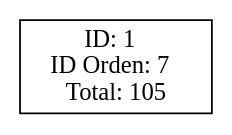
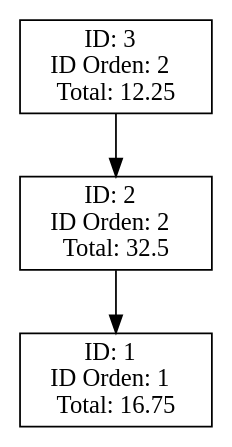
The diagram in Fase_1/AutoGestPro/Reportes/reporte_facturas.dot (0520Jose/-EDD-1S2025_202300539), drawn with Graphviz before and after one commit. The commit also changed 24 other files, not shown here.

```diff
--- a/Fase_1/AutoGestPro/Reportes/reporte_facturas.dot
+++ b/Fase_1/AutoGestPro/Reportes/reporte_facturas.dot
@@ -1,7 +1,15 @@
 digraph G {
 node [shape=rect];
 rankdir=TB;
+node3[label="ID: 3  
+ID Orden: 2  
+Total: 12.25", shape=rect];
+node3 -> node2;
+node2[label="ID: 2  
+ID Orden: 2  
+Total: 32.5", shape=rect];
+node2 -> node1;
 node1[label="ID: 1  
-ID Orden: 7  
-Total: 105", shape=rect];
+ID Orden: 1  
+Total: 16.75", shape=rect];
 }
```
